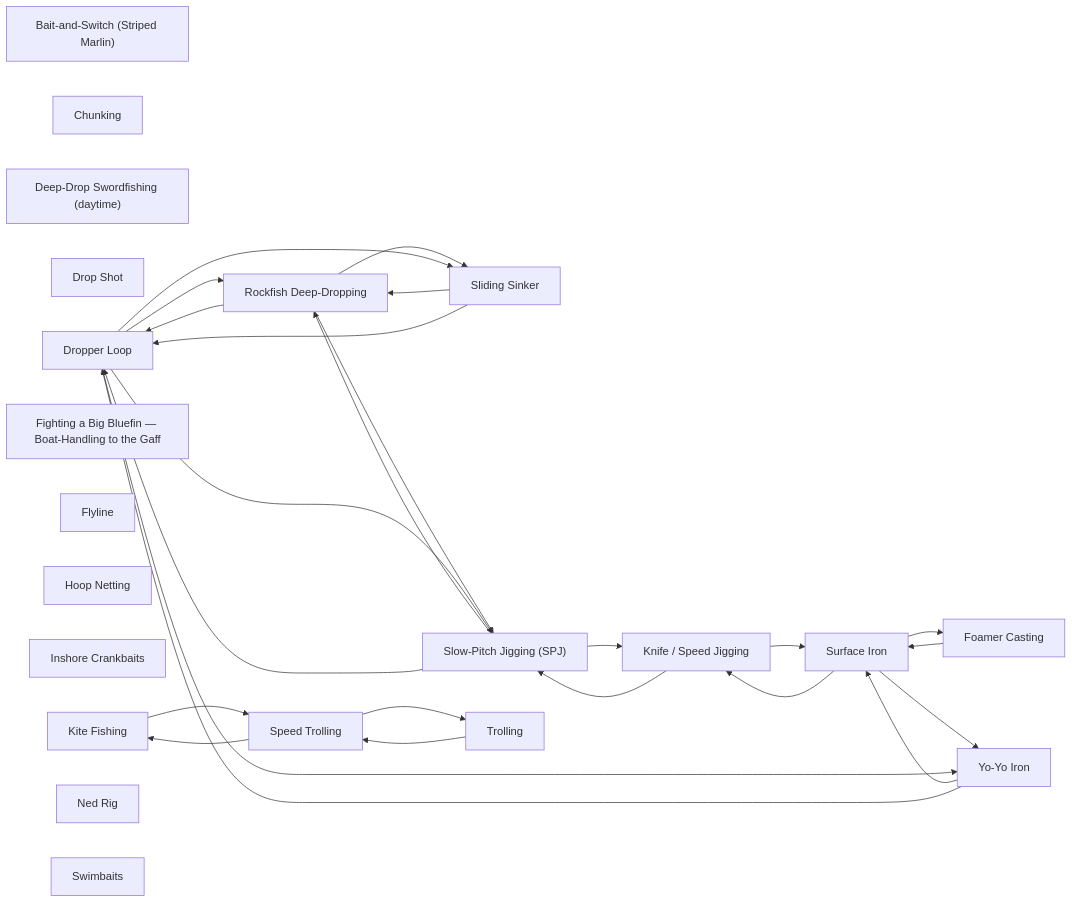
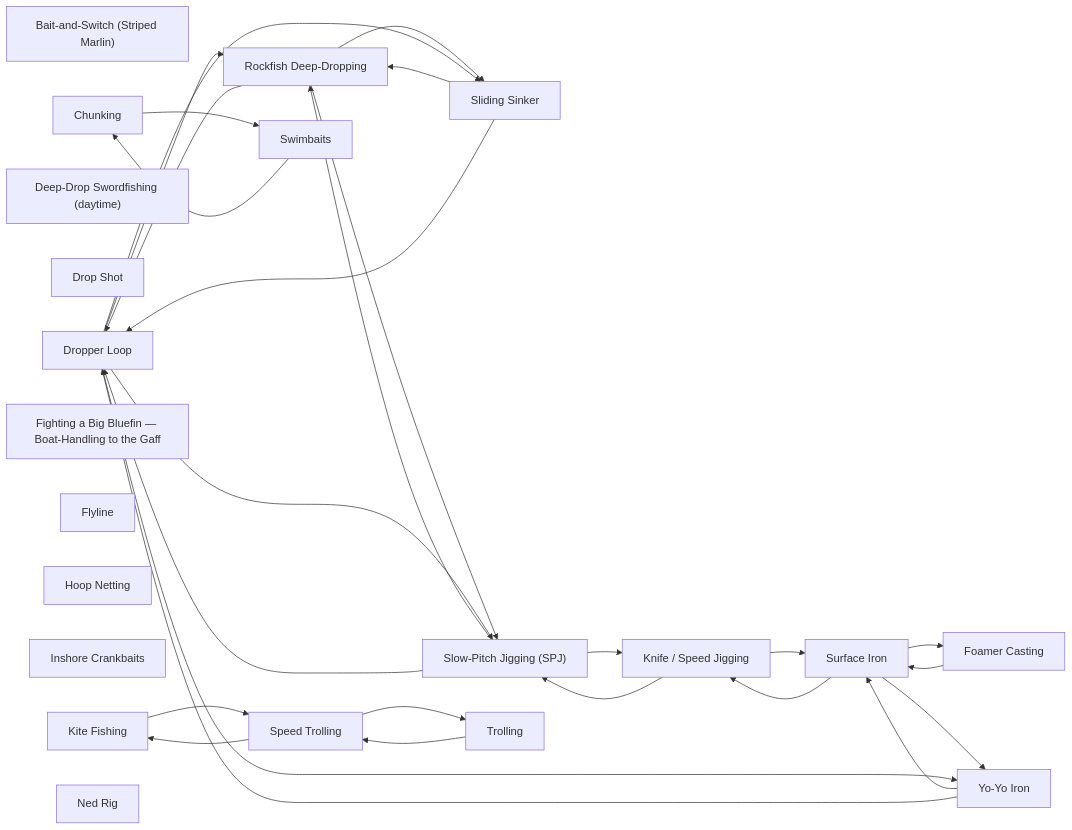
The diagram in techniques/README.md (camchuckpete-max/Socal-Fishing-Knowledge), drawn with Mermaid before and after one commit. The commit also changed 4 other files, not shown here.

````diff
--- a/techniques/README.md
+++ b/techniques/README.md
@@ -34,48 +34,50 @@
 ```mermaid
 graph LR
   n0["Bait-and-Switch (Striped Marlin)"]
   n1["Chunking"]
   n2["Deep-Drop Swordfishing (daytime)"]
   n3["Drop Shot"]
   n4["Dropper Loop"]
   n5["Fighting a Big Bluefin — Boat-Handling to the Gaff"]
   n6["Flyline"]
   n7["Foamer Casting"]
   n8["Hoop Netting"]
   n9["Inshore Crankbaits"]
   n10["Kite Fishing"]
   n11["Knife / Speed Jigging"]
   n12["Ned Rig"]
   n13["Rockfish Deep-Dropping"]
   n14["Sliding Sinker"]
   n15["Slow-Pitch Jigging (SPJ)"]
   n16["Speed Trolling"]
   n17["Surface Iron"]
   n18["Swimbaits"]
   n19["Trolling"]
   n20["Yo-Yo Iron"]
+  n1 --> n18
   n10 --> n16
   n11 --> n15
   n11 --> n17
   n13 --> n14
   n13 --> n15
   n13 --> n4
   n14 --> n13
   n14 --> n4
   n15 --> n11
   n15 --> n13
   n15 --> n4
   n16 --> n10
   n16 --> n19
   n17 --> n11
   n17 --> n20
   n17 --> n7
+  n18 --> n1
   n19 --> n16
   n20 --> n17
   n20 --> n4
   n4 --> n13
   n4 --> n14
   n4 --> n15
   n4 --> n20
   n7 --> n17
 ```
````
